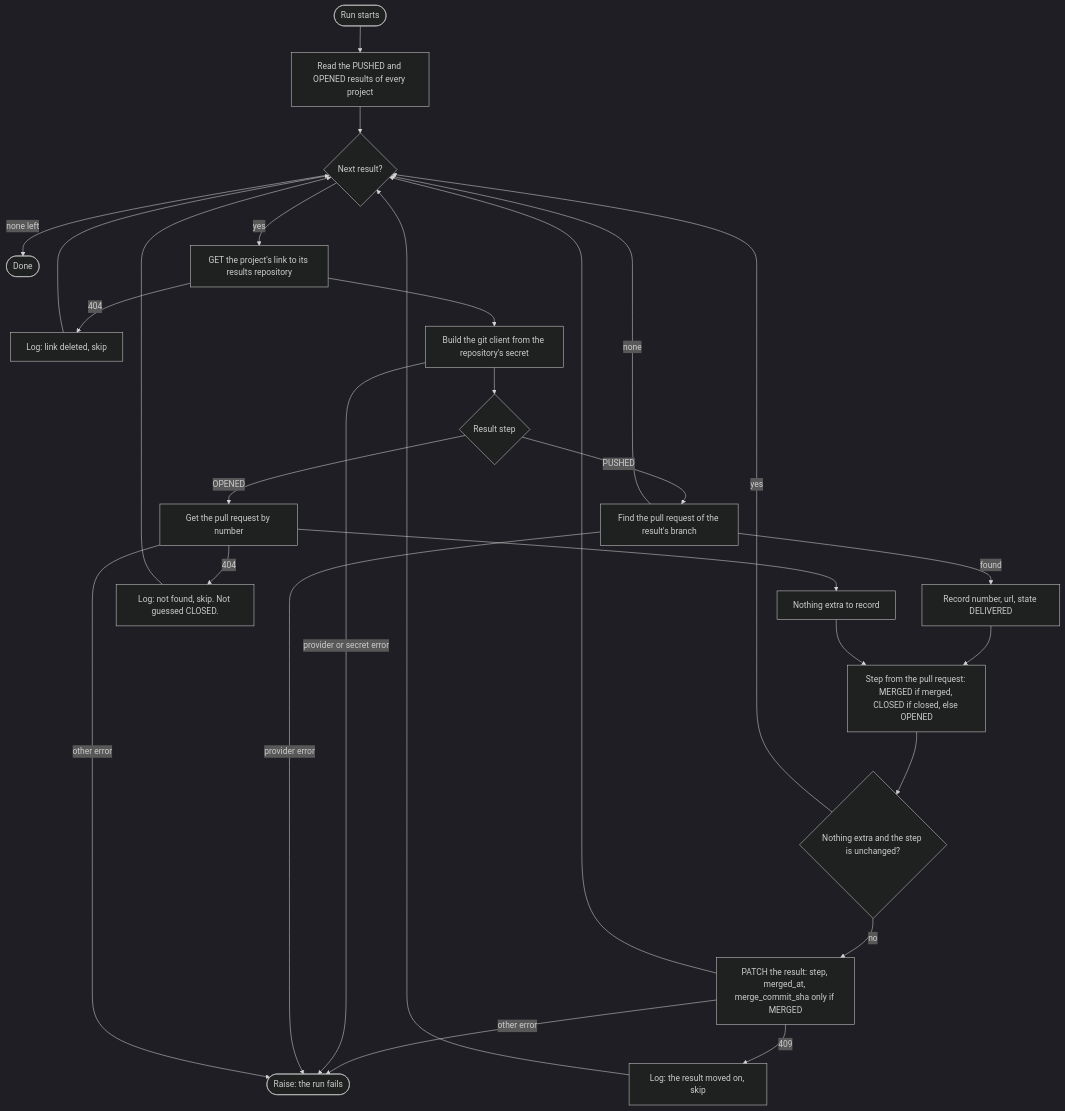
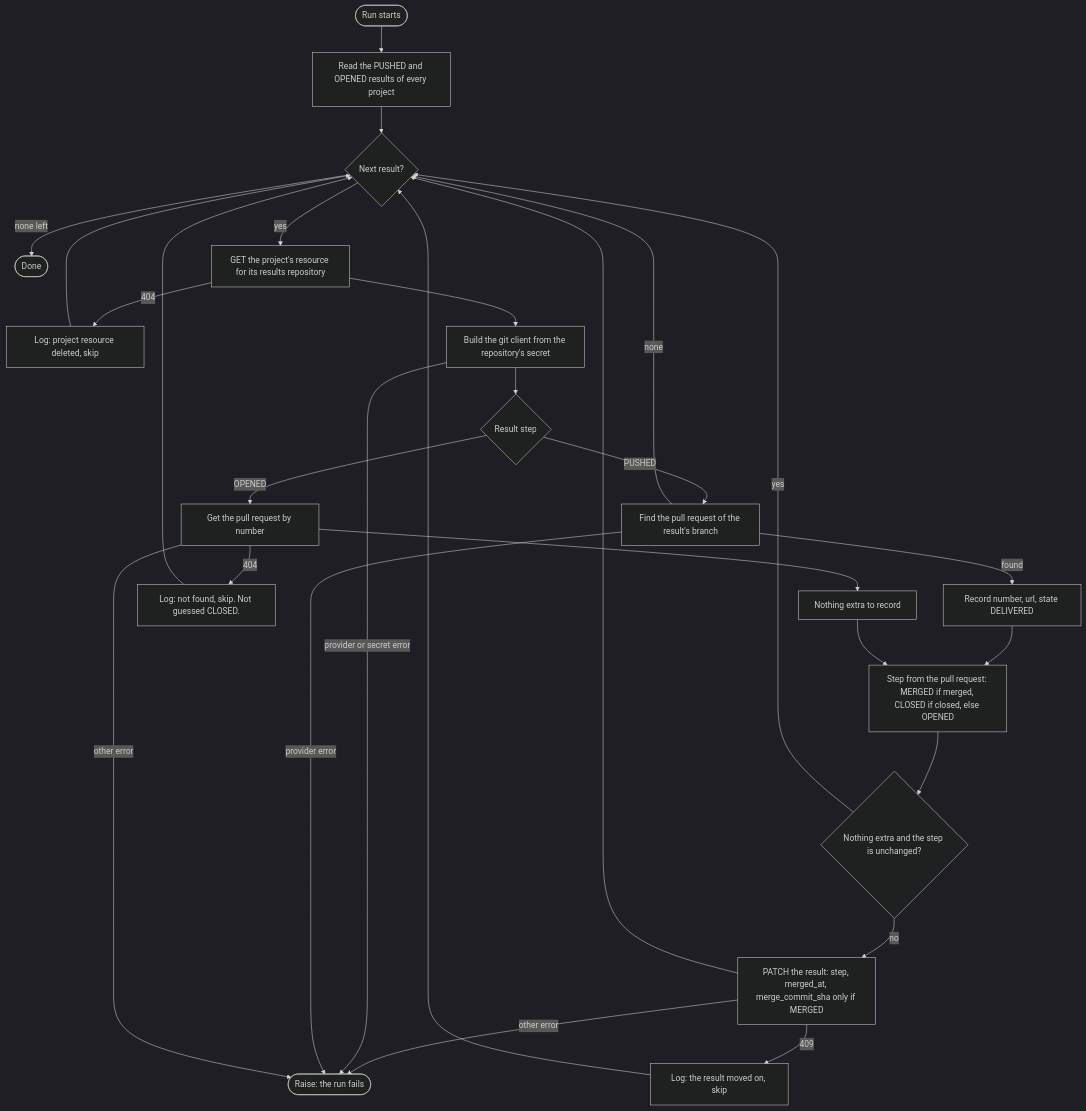
The second of 2 diagrams in docs/architecture/sensors/results-pr-sync.md (Aridhia-Open-Source/PHEMS_federated_node), drawn with Mermaid (dark theme) before and after one commit. The commit also changed other lines of this file and 132 other files, not shown here.

````diff
--- a/docs/architecture/sensors/results-pr-sync.md
+++ b/docs/architecture/sensors/results-pr-sync.md
@@ -42,30 +42,30 @@
 ```mermaid
 flowchart TD
     A(["Run starts"]) --> B["Read the PUSHED and OPENED results of every project"]
     B --> C{"Next result?"}
     C -->|"none left"| Y([Done])
-    C -->|yes| D["GET the project's link to its results repository"]
-    D -->|404| E["Log: link deleted, skip"]
+    C -->|yes| D["GET the project's resource for its results repository"]
+    D -->|404| E["Log: project resource deleted, skip"]
     E --> C
     D --> F["Build the git client from the repository's secret"]
     F --> G{"Result step"}
     G -->|PUSHED| H["Find the pull request of the result's branch"]
     H -->|none| C
     H -->|found| I["Record number, url, state DELIVERED"]
     G -->|OPENED| J["Get the pull request by number"]
     J -->|404| K["Log: not found, skip. Not guessed CLOSED."]
     K --> C
     J --> L["Nothing extra to record"]
     I --> M["Step from the pull request: MERGED if merged, CLOSED if closed, else OPENED"]
     L --> M
     M --> N{"Nothing extra and the step is unchanged?"}
     N -->|yes| C
     N -->|no| O["PATCH the result: step, merged_at, merge_commit_sha only if MERGED"]
     O -->|409| P["Log: the result moved on, skip"]
     P --> C
     O --> C
     O -->|"other error"| Q(["Raise: the run fails"])
     F -->|"provider or secret error"| Q
     H -->|"provider error"| Q
     J -->|"other error"| Q
 ```
````
